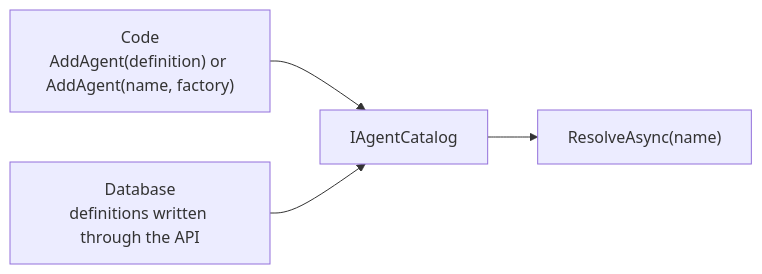
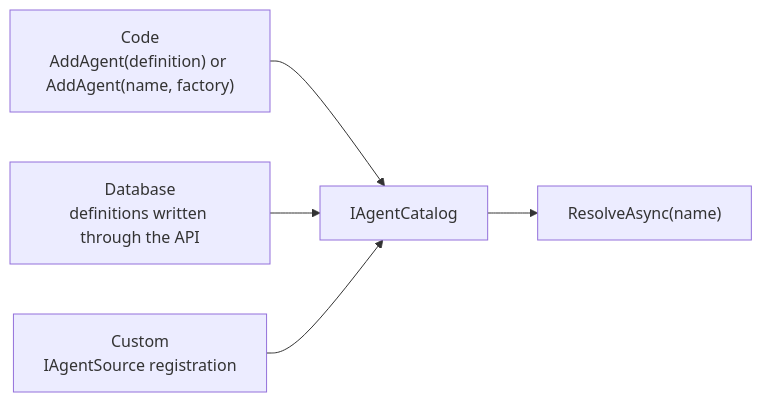
The first of 3 diagrams in docs-site/src/content/docs/concepts/agents.md (farukatasoy/Tracon), drawn with Mermaid before and after one commit. The commit also changed other lines of this file and 33 other files, not shown here.

````diff
--- a/docs-site/src/content/docs/concepts/agents.md
+++ b/docs-site/src/content/docs/concepts/agents.md
@@ -112,8 +112,9 @@
 ```mermaid
 flowchart LR
     accTitle: Agent catalog sources
-    accDescr: Code registrations and database definitions merge into one catalog, with code definitions winning name collisions.
+    accDescr: Code registrations, database definitions, and custom sources merge into one catalog, with lower priority values winning name collisions.
     C["Code<br/>AddAgent(definition) or AddAgent(name, factory)"] --> CAT["IAgentCatalog"]
     D["Database<br/>definitions written through the API"] --> CAT
+    X["Custom<br/>IAgentSource registration"] --> CAT
     CAT --> R["ResolveAsync(name)"]
 ```
````
